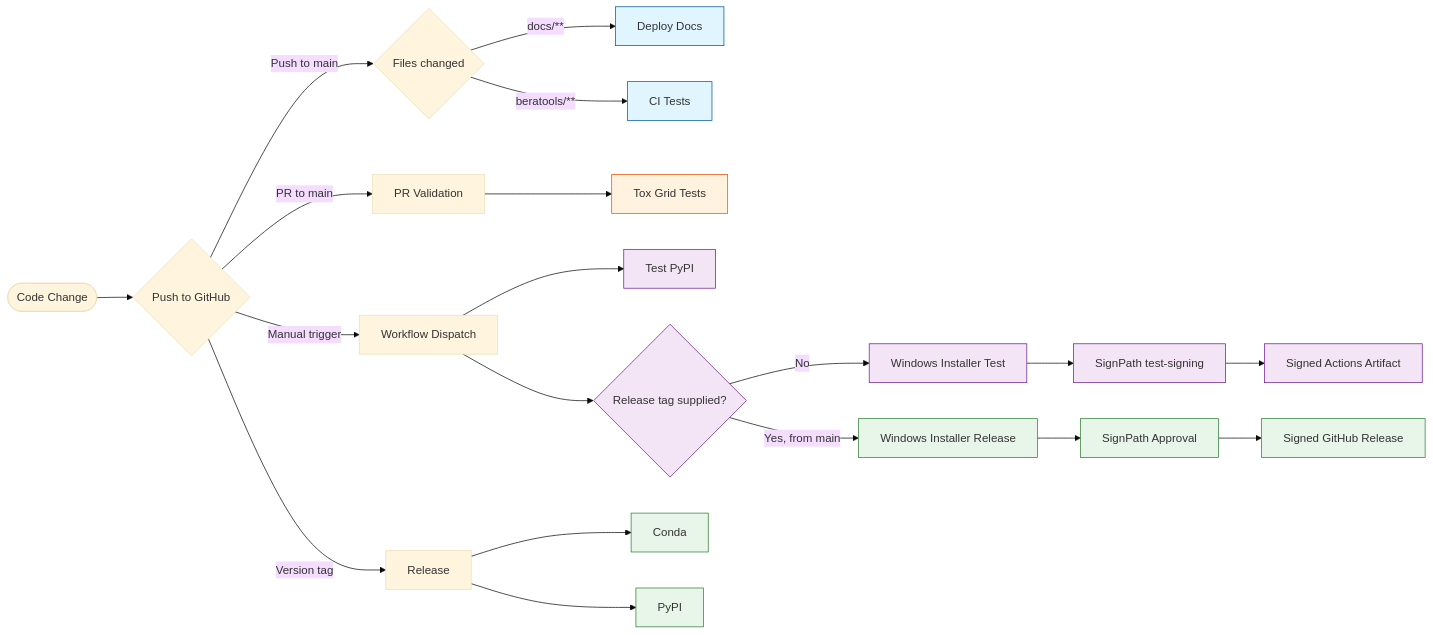
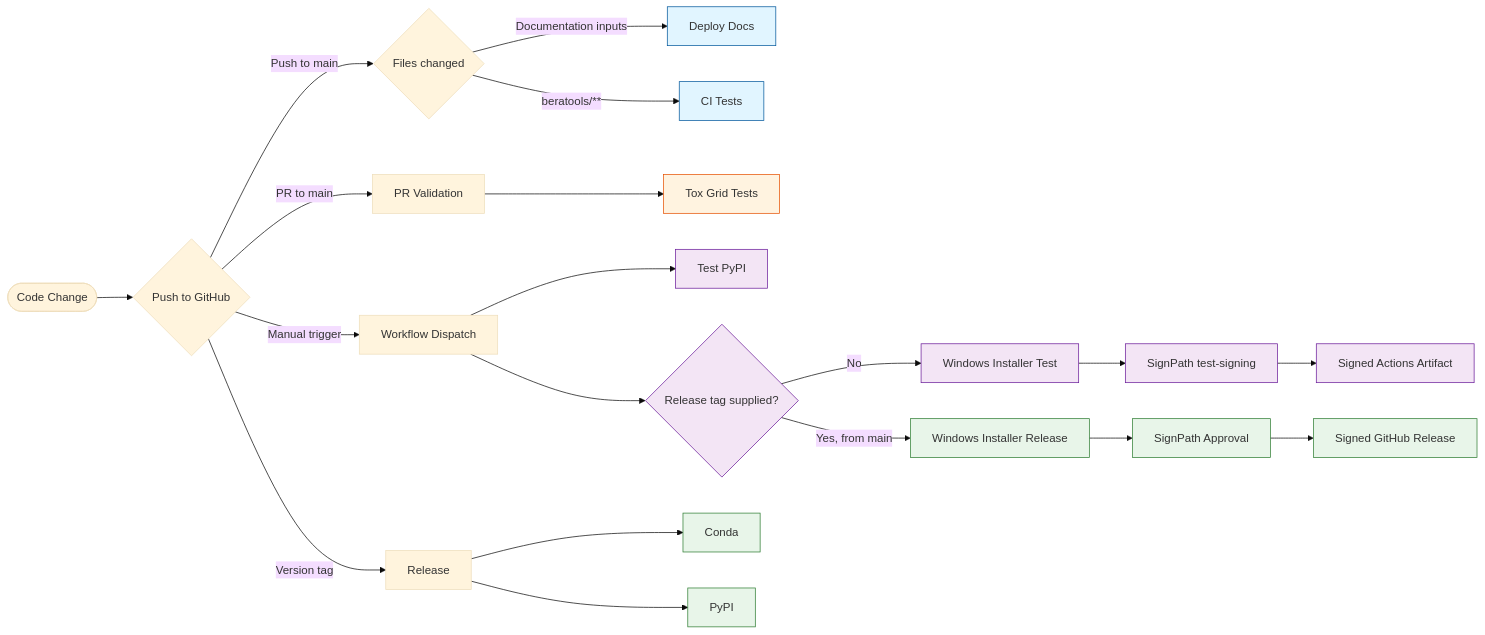
Before and after one commit to appliedgrg/beratools: the diagram in docs/files/developer/maintainer.md, drawn with Mermaid (base theme). The commit also changed other lines of this file and 6 other files, not shown here.

````diff
--- a/docs/files/developer/maintainer.md
+++ b/docs/files/developer/maintainer.md
@@ -92,35 +92,35 @@
 ```mermaid
 flowchart LR
     Start([Code Change]) --> CheckType{Push to GitHub}
     
     CheckType -->|Push to main| Files{Files changed}
-    Files -->|docs/**| Mkdocs[Deploy Docs]
+    Files -->|Documentation inputs| Zensical[Deploy Docs]
     Files -->|beratools/**| Pytest[CI Tests]
     
     CheckType -->|PR to main| PR[PR Validation]
     PR --> Tox[Tox Grid Tests]
 
     CheckType -->|Manual trigger| Manual[Workflow Dispatch]
     Manual --> PyPITest[Test PyPI]
     Manual --> InstallerMode{Release tag supplied?}
     InstallerMode -->|No| InstallerTest[Windows Installer Test]
     InstallerTest --> TestSign[SignPath test-signing]
     TestSign --> SignedTest[Signed Actions Artifact]
     InstallerMode -->|Yes, from main| WindowsInstaller[Windows Installer Release]
     WindowsInstaller --> SignPathApproval[SignPath Approval]
     SignPathApproval --> SignedRelease[Signed GitHub Release]
     
     CheckType -->|Version tag| Release[Release]
     Release --> Anaconda[Conda]
     Release --> PyPI[PyPI]
     
     classDef push fill:#e1f5ff,stroke:#01579b
     classDef pr fill:#fff3e0,stroke:#e65100
     classDef manual fill:#f3e5f5,stroke:#6a1b9a
     classDef rel fill:#e8f5e9,stroke:#2e7d32
     
-    class Mkdocs,Pytest push
+    class Zensical,Pytest push
     class PyPITest,InstallerMode,InstallerTest,TestSign,SignedTest manual
     class Tox pr
     class Anaconda,PyPI,WindowsInstaller,SignPathApproval,SignedRelease rel
 ```
````
